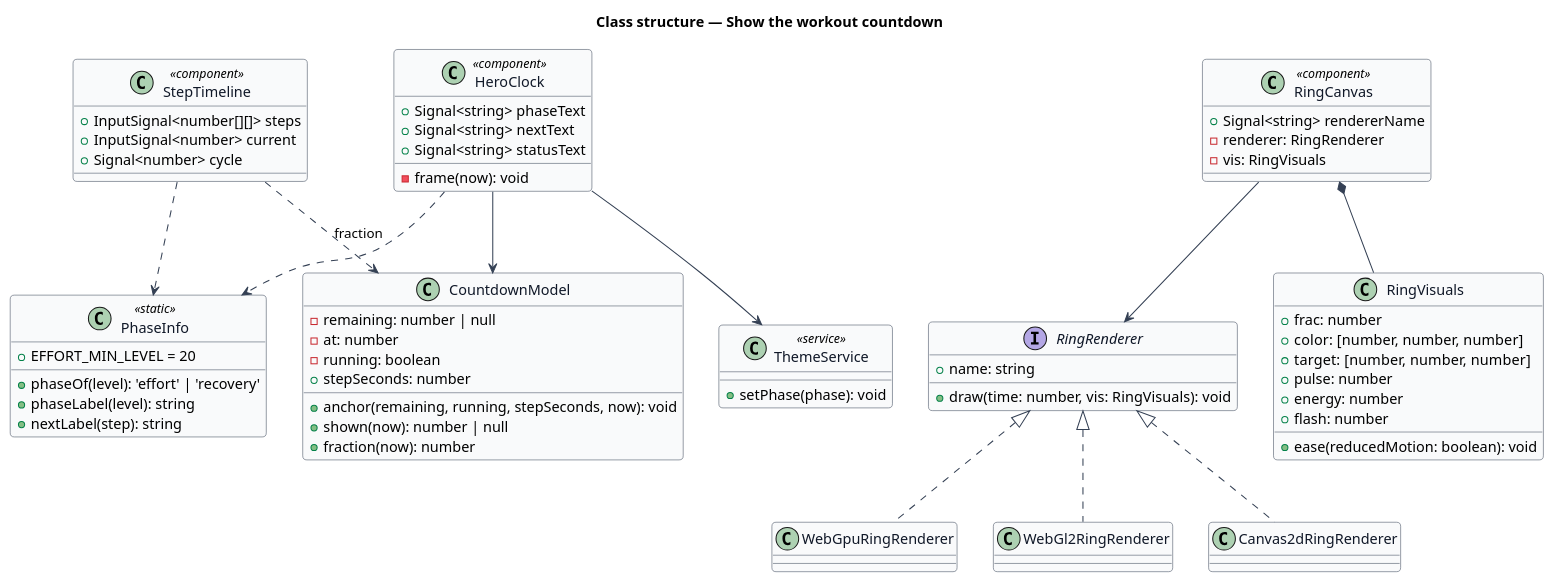
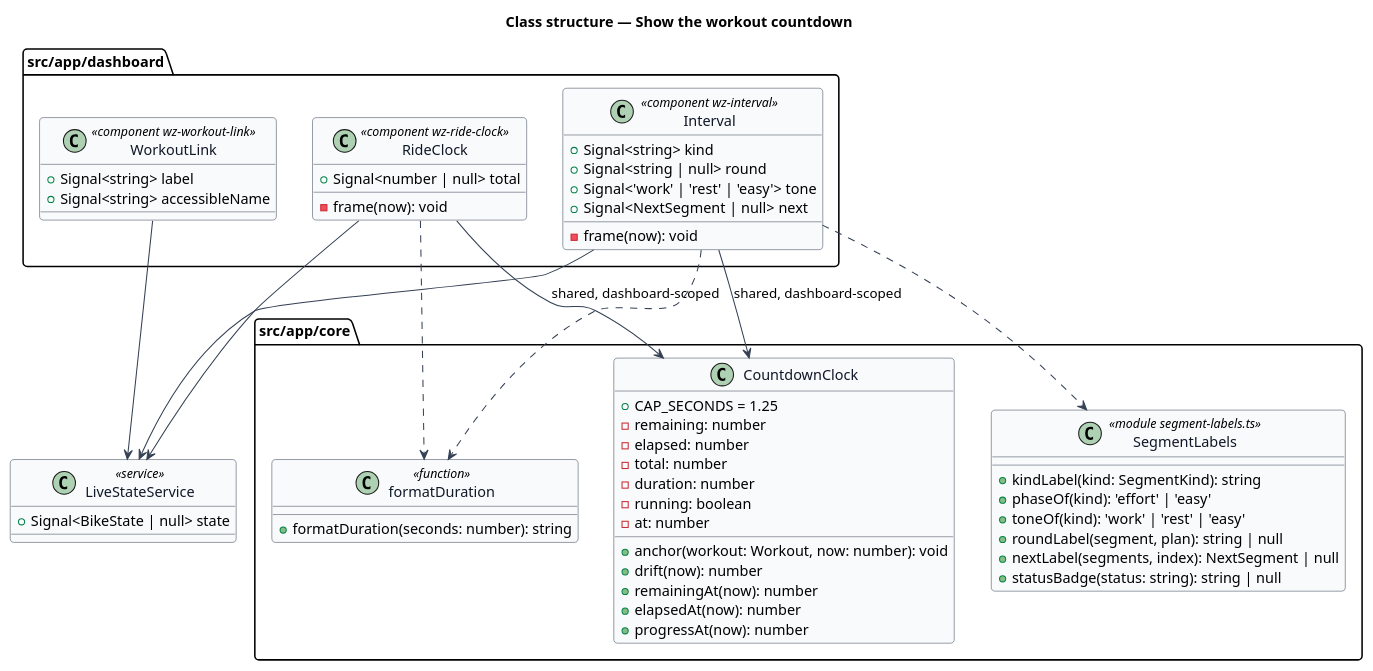
The diagram in docs/detailed-designs/workouts/show-workout-countdown/diagrams/class-structure.puml (QuinntyneBrown/ride-one), drawn with PlantUML before and after one commit. The commit also changed 265 other files, not shown here.

```diff
--- a/docs/detailed-designs/workouts/show-workout-countdown/diagrams/class-structure.puml
+++ b/docs/detailed-designs/workouts/show-workout-countdown/diagrams/class-structure.puml
@@ -1,75 +1,72 @@
 @startuml
 skinparam backgroundColor #FFFFFF
 skinparam shadowing false
 skinparam roundcorner 8
 skinparam defaultFontName Arial
 skinparam ArrowColor #344054
 skinparam class {
   BorderColor #344054
   FontColor #101828
   BackgroundColor #F9FAFB
 }
 title Class structure — Show the workout countdown
 
-class CountdownModel {
-  -remaining: number | null
-  -at: number
-  -running: boolean
-  +stepSeconds: number
-  +anchor(remaining, running, stepSeconds, now): void
-  +shown(now): number | null
-  +fraction(now): number
-}
-class PhaseInfo <<static>> {
-  +EFFORT_MIN_LEVEL = 20
-  +phaseOf(level): 'effort' | 'recovery'
-  +phaseLabel(level): string
-  +nextLabel(step): string
-}
-class HeroClock <<component>> {
-  +Signal<string> phaseText
-  +Signal<string> nextText
-  +Signal<string> statusText
-  -frame(now): void
-}
-class StepTimeline <<component>> {
-  +InputSignal<number[][]> steps
-  +InputSignal<number> current
-  +Signal<number> cycle
-}
-class RingCanvas <<component>> {
-  +Signal<string> rendererName
-  -renderer: RingRenderer
-  -vis: RingVisuals
-}
-interface RingRenderer {
-  +name: string
-  +draw(time: number, vis: RingVisuals): void
-}
-class WebGpuRingRenderer
-class WebGl2RingRenderer
-class Canvas2dRingRenderer
-class RingVisuals {
-  +frac: number
-  +color: [number, number, number]
-  +target: [number, number, number]
-  +pulse: number
-  +energy: number
-  +flash: number
-  +ease(reducedMotion: boolean): void
-}
-class ThemeService <<service>> {
-  +setPhase(phase): void
+package "src/app/core" {
+  class CountdownClock {
+    +CAP_SECONDS = 1.25
+    -remaining: number
+    -elapsed: number
+    -total: number
+    -duration: number
+    -running: boolean
+    -at: number
+    +anchor(workout: Workout, now: number): void
+    +drift(now): number
+    +remainingAt(now): number
+    +elapsedAt(now): number
+    +progressAt(now): number
+  }
+  class formatDuration <<function>> {
+    +formatDuration(seconds: number): string
+  }
+  class SegmentLabels <<module segment-labels.ts>> {
+    +kindLabel(kind: SegmentKind): string
+    +phaseOf(kind): 'effort' | 'easy'
+    +toneOf(kind): 'work' | 'rest' | 'easy'
+    +roundLabel(segment, plan): string | null
+    +nextLabel(segments, index): NextSegment | null
+    +statusBadge(status: string): string | null
+  }
 }
 
-HeroClock --> CountdownModel
-HeroClock ..> PhaseInfo
-HeroClock --> ThemeService
-StepTimeline ..> CountdownModel : fraction
-StepTimeline ..> PhaseInfo
-RingCanvas --> RingRenderer
-RingCanvas *-- RingVisuals
-RingRenderer <|.. WebGpuRingRenderer
-RingRenderer <|.. WebGl2RingRenderer
-RingRenderer <|.. Canvas2dRingRenderer
+package "src/app/dashboard" {
+  class Interval <<component wz-interval>> {
+    +Signal<string> kind
+    +Signal<string | null> round
+    +Signal<'work' | 'rest' | 'easy'> tone
+    +Signal<NextSegment | null> next
+    -frame(now): void
+  }
+  class RideClock <<component wz-ride-clock>> {
+    +Signal<number | null> total
+    -frame(now): void
+  }
+  class WorkoutLink <<component wz-workout-link>> {
+    +Signal<string> label
+    +Signal<string> accessibleName
+  }
+}
+
+class LiveStateService <<service>> {
+  +Signal<BikeState | null> state
+}
+
+Interval --> CountdownClock : shared, dashboard-scoped
+RideClock --> CountdownClock : shared, dashboard-scoped
+Interval ..> SegmentLabels
+Interval ..> formatDuration
+RideClock ..> formatDuration
+Interval --> LiveStateService
+RideClock --> LiveStateService
+WorkoutLink --> LiveStateService
 @enduml
```
